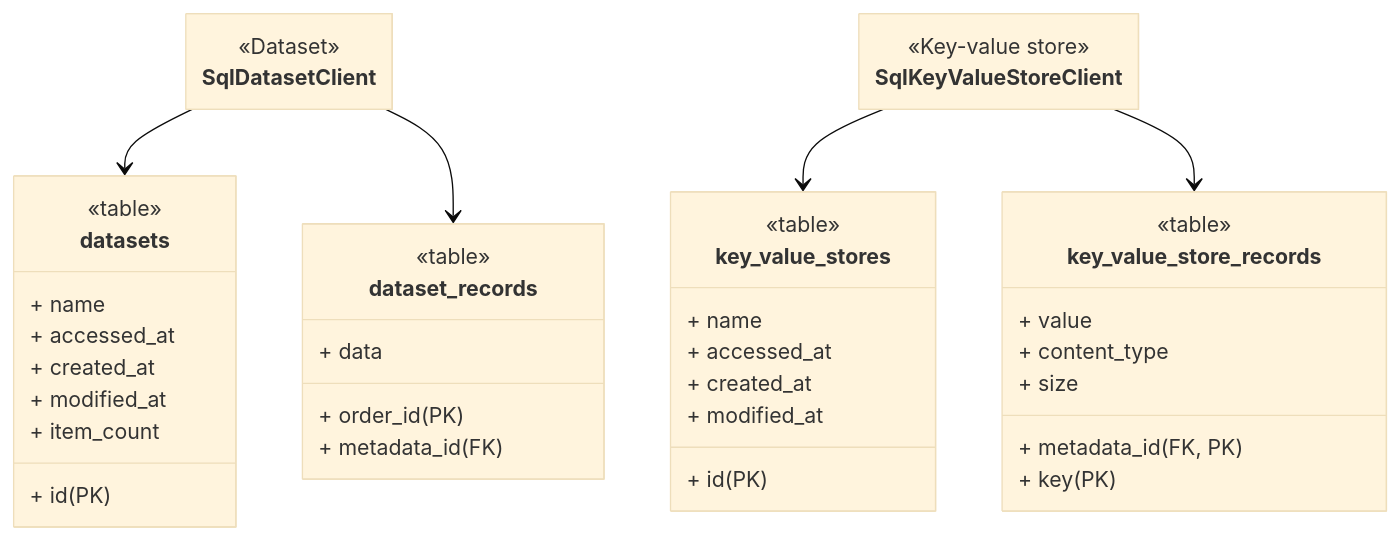
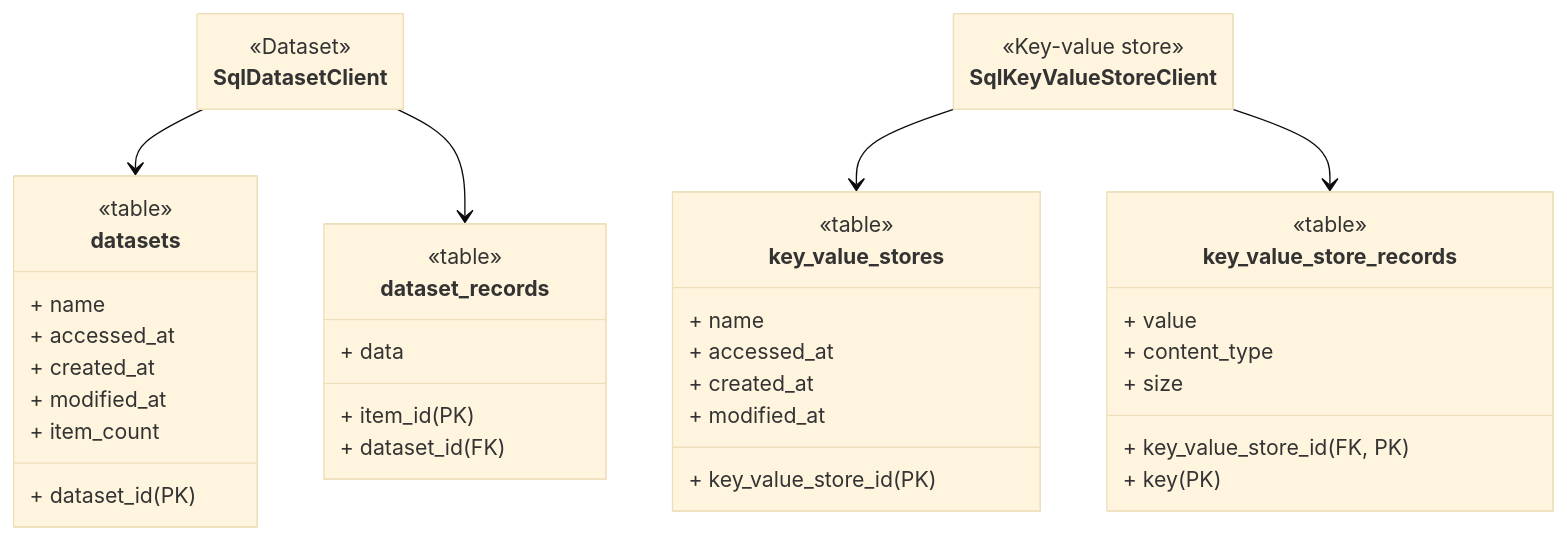
Before and after one commit to apify/crawlee-python: the second of 3 diagrams in docs/guides/storage_clients.mdx, drawn with Mermaid (base theme). The commit also changed other lines of this file and 10 other files, not shown here.

````diff
--- a/docs/guides/storage_clients.mdx
+++ b/docs/guides/storage_clients.mdx
@@ -162,74 +162,74 @@
 ```mermaid
 ---
 config:
     class:
         hideEmptyMembersBox: true
 ---
 
 classDiagram
 
 %% ========================
 %% Storage Clients
 %% ========================
 
 class SqlDatasetClient {
     <<Dataset>>
 }
 
 class SqlKeyValueStoreClient {
     <<Key-value store>>
 }
 
 %% ========================
 %% Dataset Tables
 %% ========================
 
 class datasets {
     <<table>>
-    + id (PK)
+    + dataset_id (PK)
     + name
     + accessed_at
     + created_at
     + modified_at
     + item_count
 }
 
 class dataset_records {
     <<table>>
-    + order_id (PK)
-    + metadata_id (FK)
+    + item_id (PK)
+    + dataset_id (FK)
     + data
 }
 
 %% ========================
 %% Key-Value Store Tables
 %% ========================
 
 class key_value_stores {
     <<table>>
-    + id (PK)
+    + key_value_store_id (PK)
     + name
     + accessed_at
     + created_at
     + modified_at
 }
 
 class key_value_store_records {
     <<table>>
-    + metadata_id (FK, PK)
+    + key_value_store_id (FK, PK)
     + key (PK)
     + value
     + content_type
     + size
 }
 
 %% ========================
 %% Client to Table arrows
 %% ========================
 
 SqlDatasetClient --> datasets
 SqlDatasetClient --> dataset_records
 
 SqlKeyValueStoreClient --> key_value_stores
 SqlKeyValueStoreClient --> key_value_store_records
 ```
````
